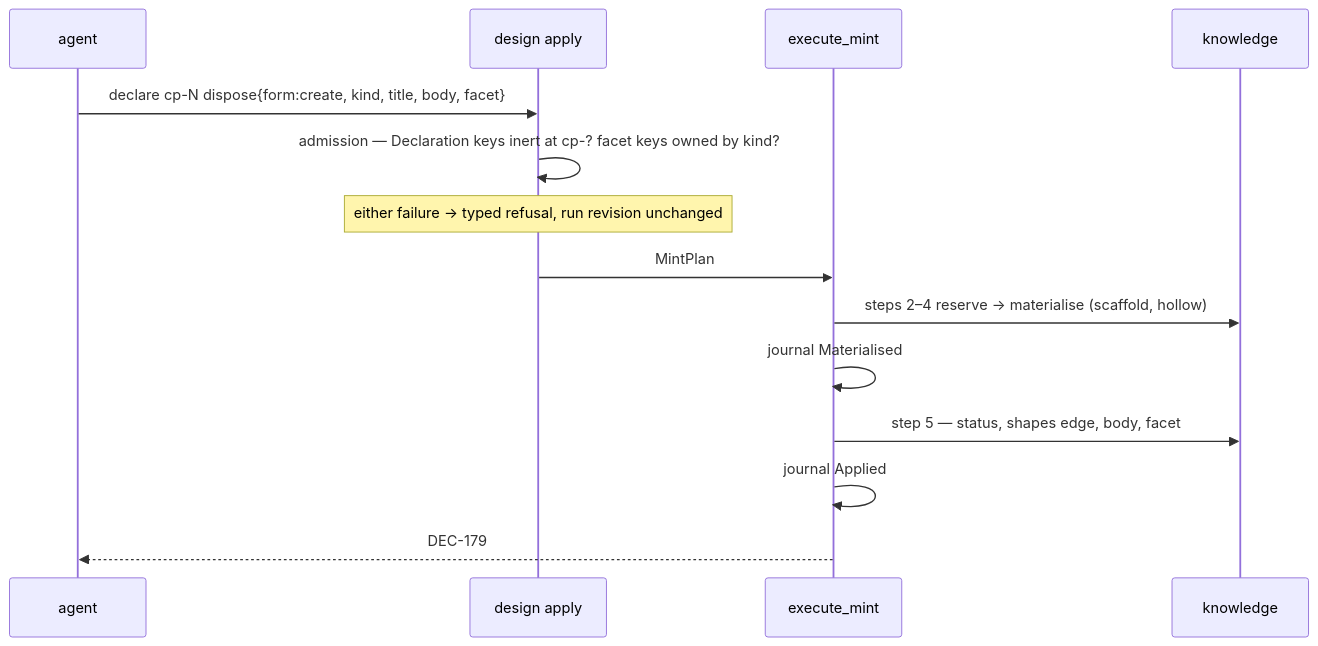
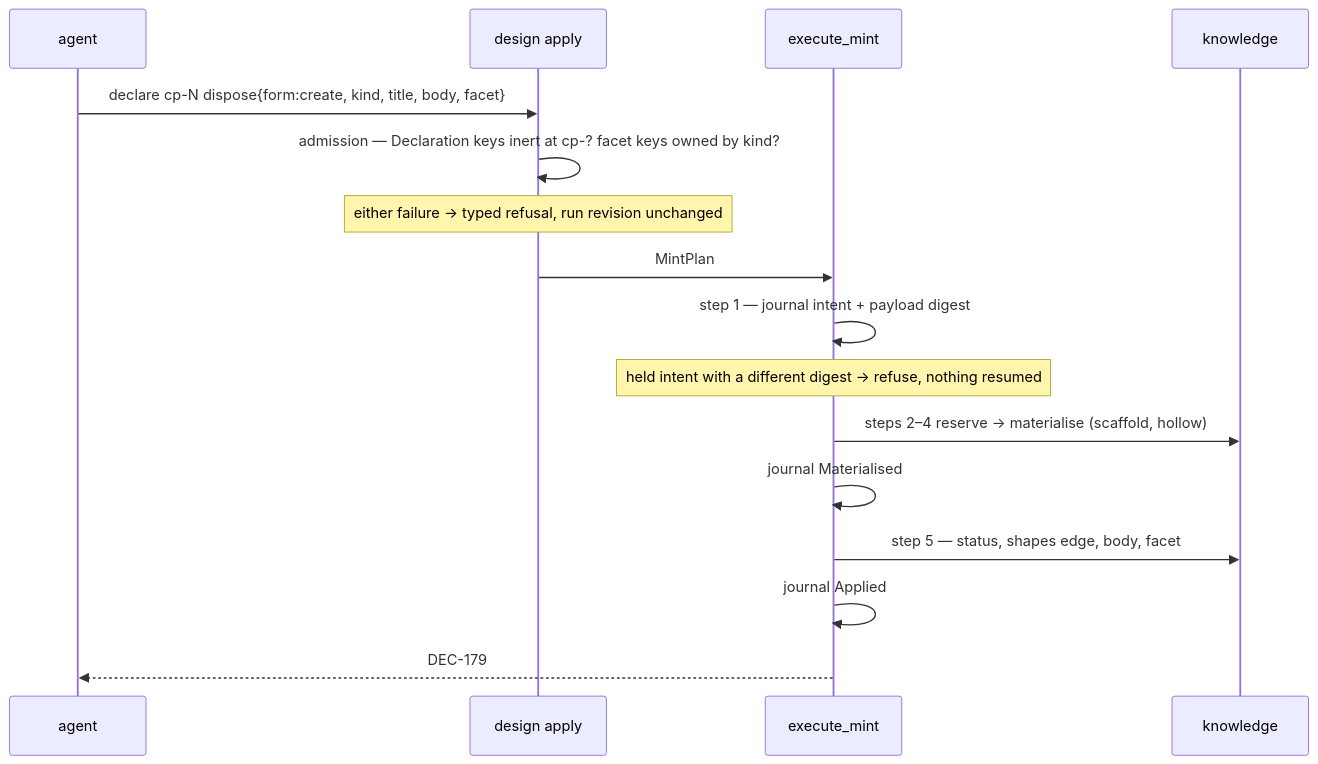
Before and after one commit to davidlee/doctrine: the second of 2 diagrams in .doctrine/slice/249/design.md, drawn with Mermaid. The commit also changed other lines of this file and 1 other file, not shown here.

````diff
--- a/.doctrine/slice/249/design.md
+++ b/.doctrine/slice/249/design.md
@@ -629,16 +758,18 @@
 ```mermaid
 sequenceDiagram
     participant A as agent
     participant R as design apply
     participant M as execute_mint
     participant K as knowledge
     A->>R: declare cp-N dispose{form:create, kind, title, body, facet}
     R->>R: admission — Declaration keys inert at cp-? facet keys owned by kind?
     Note over R: either failure → typed refusal, run revision unchanged
     R->>M: MintPlan
+    M->>M: step 1 — journal intent + payload digest
+    Note over M: held intent with a different digest → refuse, nothing resumed
     M->>K: steps 2–4 reserve → materialise (scaffold, hollow)
     M->>M: journal Materialised
     M->>K: step 5 — status, shapes edge, body, facet
     M->>M: journal Applied
     M-->>A: DEC-179
 ```
````
